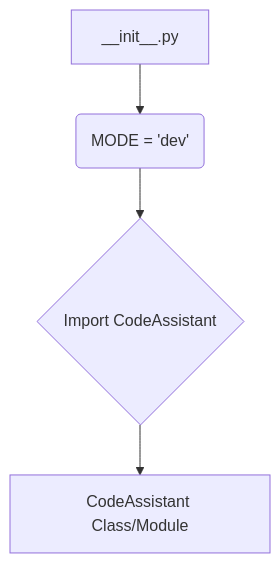
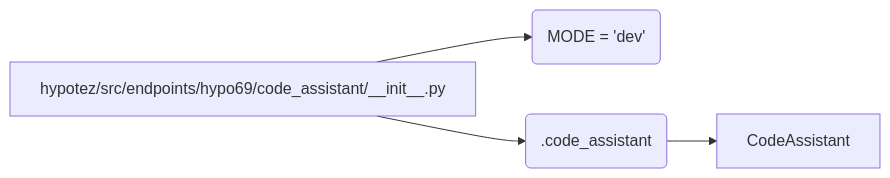
The diagram in docs/gemini/ru/explainer/src/endpoints/hypo69/code_assistant/__init__.md (hypo69/hypo), drawn with Mermaid before and after one commit. The commit also changed other lines of this file and 468 other files, not shown here.

````diff
--- a/docs/gemini/ru/explainer/src/endpoints/hypo69/code_assistant/__init__.md
+++ b/docs/gemini/ru/explainer/src/endpoints/hypo69/code_assistant/__init__.md
@@ -24,6 +37,6 @@
 ```mermaid
-graph TD
-    A[__init__.py] --> B(MODE = 'dev');
-    B --> C{Import CodeAssistant};
-    C --> D[CodeAssistant Class/Module];
+graph LR
+    A[hypotez/src/endpoints/hypo69/code_assistant/__init__.py] --> B(MODE = 'dev');
+    A --> C(.code_assistant);
+    C --> D[CodeAssistant];
 ```
````
